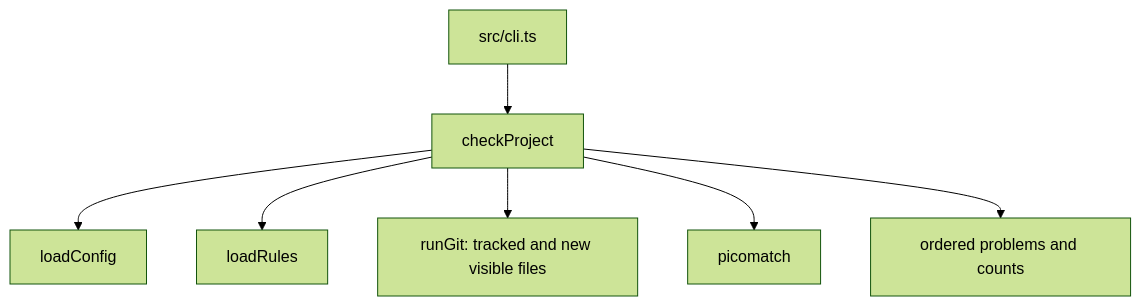
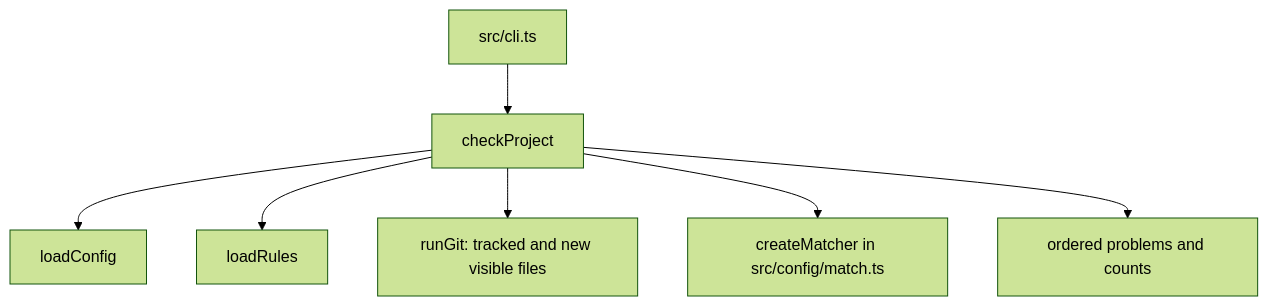
One commit to CodeLab614-AI/code-audit changed the diagram in docs/en/3-code/140-check-check.md. Above: the diagram before and after it, drawn with Mermaid (forest theme). The commit also changed other lines of this file and 62 other files, not shown here.

````diff
--- a/docs/en/3-code/140-check-check.md
+++ b/docs/en/3-code/140-check-check.md
@@ -29,9 +29,9 @@
 ```mermaid
 flowchart TD
     CLI["src/cli.ts"] --> Check["checkProject"]
     Check --> Config["loadConfig"]
     Check --> Rules["loadRules"]
     Check --> Git["runGit: tracked and new visible files"]
-    Check --> Match["picomatch"]
+    Check --> Match["createMatcher in src/config/match.ts"]
     Check --> Problems["ordered problems and counts"]
 ```
````
